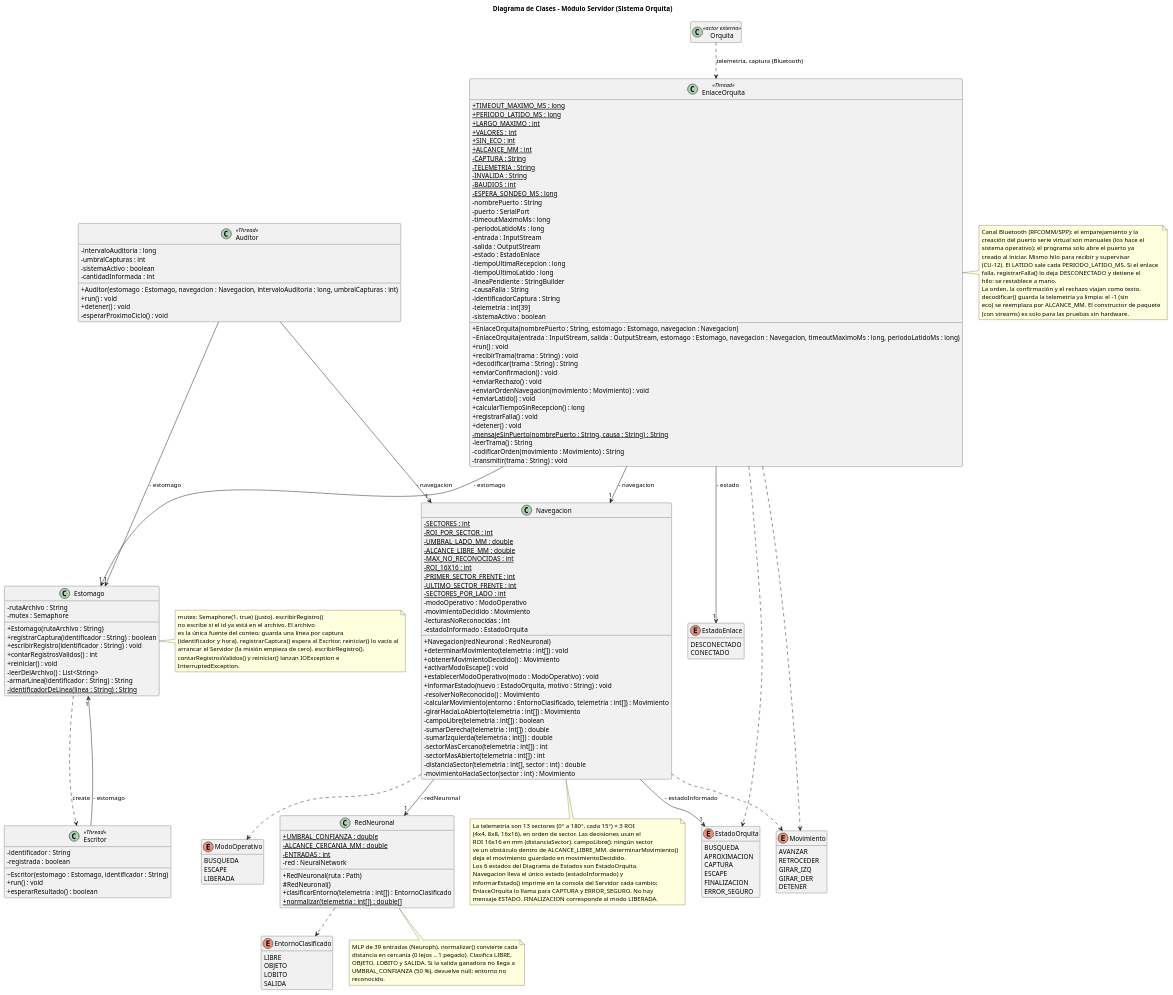
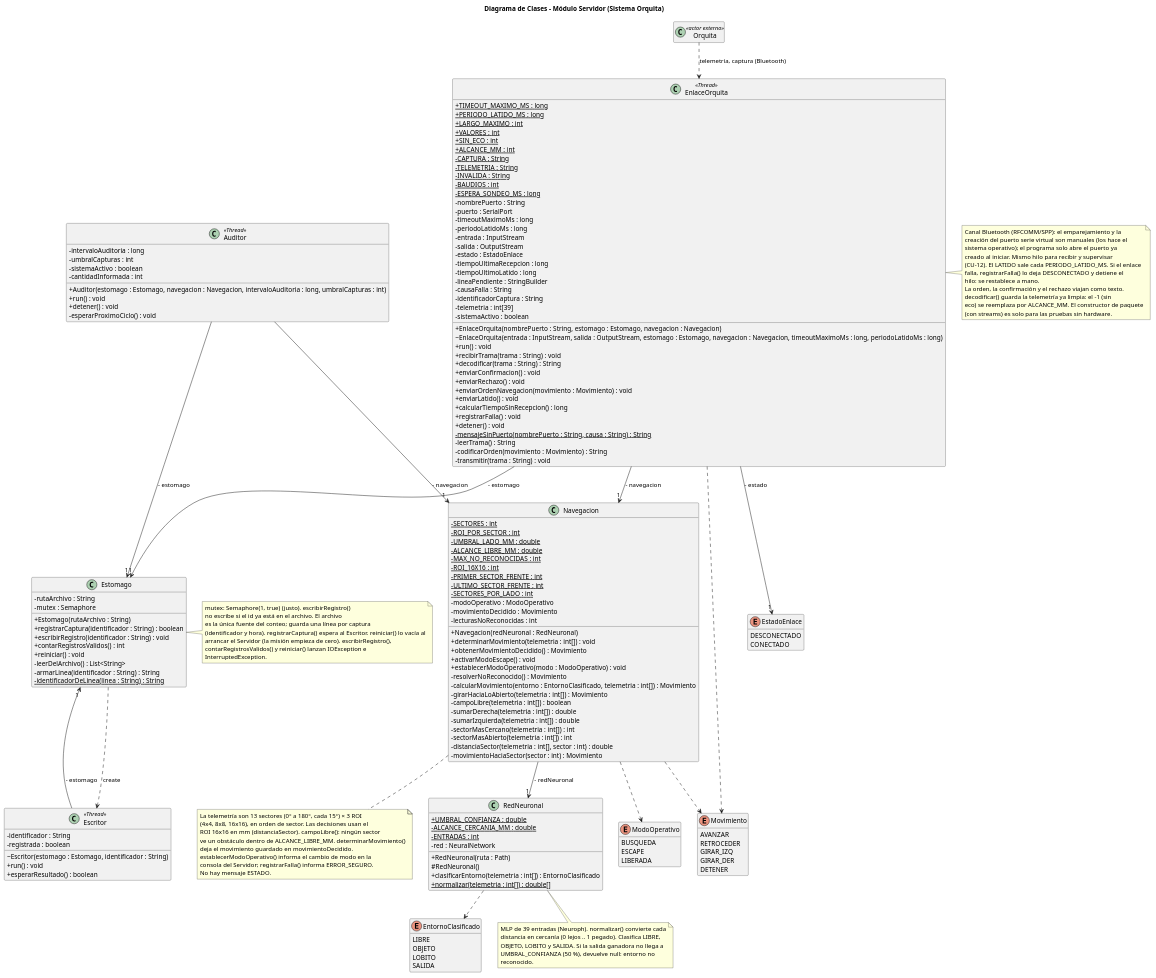
The diagram in docs/diseno/Orquitas_Diagrama_Clases_Modulo_Servidor_v6.puml (lautaro-geli/sistema-orquita), drawn with PlantUML before and after one commit.

Commit message:
docs: diagrama de clases v6 sin estados (corrige el commit anterior)
Claude-Session: https://claude.ai/code/session_013hULuwZV4f92mtFBnmZteT

```diff
--- a/docs/diseno/Orquitas_Diagrama_Clases_Modulo_Servidor_v6.puml
+++ b/docs/diseno/Orquitas_Diagrama_Clases_Modulo_Servidor_v6.puml
@@ -69,13 +69,11 @@
   - modoOperativo : ModoOperativo
   - movimientoDecidido : Movimiento
   - lecturasNoReconocidas : int
-  - estadoInformado : EstadoOrquita
   + Navegacion(redNeuronal : RedNeuronal)
   + determinarMovimiento(telemetria : int[]) : void
   + obtenerMovimientoDecidido() : Movimiento
   + activarModoEscape() : void
   + establecerModoOperativo(modo : ModoOperativo) : void
-  + informarEstado(nuevo : EstadoOrquita, motivo : String) : void
   - resolverNoReconocido() : Movimiento
   - calcularMovimiento(entorno : EntornoClasificado, telemetria : int[]) : Movimiento
   - girarHaciaLoAbierto(telemetria : int[]) : Movimiento
@@ -118,15 +116,6 @@
   BUSQUEDA
   ESCAPE
   LIBERADA
-}
-
-enum EstadoOrquita {
-  BUSQUEDA
-  APROXIMACION
-  CAPTURA
-  ESCAPE
-  FINALIZACION
-  ERROR_SEGURO
 }
 
 ' ---------------- Estómago (persistencia y concurrencia) ----------------
@@ -173,8 +162,6 @@
 Navegacion --> "1" RedNeuronal : - redNeuronal
 Navegacion ..> Movimiento
 Navegacion ..> ModoOperativo
-Navegacion --> "1" EstadoOrquita : - estadoInformado
-EnlaceOrquita ..> EstadoOrquita
 RedNeuronal ..> EntornoClasificado
 
 Estomago ..> Escritor : «create»
@@ -210,11 +197,9 @@
   ROI 16x16 en mm (distanciaSector). campoLibre(): ningún sector
   ve un obstáculo dentro de ALCANCE_LIBRE_MM. determinarMovimiento()
   deja el movimiento guardado en movimientoDecidido.
-  Los 6 estados del Diagrama de Estados son EstadoOrquita.
-  Navegacion lleva el único estado (estadoInformado) y
-  informarEstado() imprime en la consola del Servidor cada cambio;
-  EnlaceOrquita lo llama para CAPTURA y ERROR_SEGURO. No hay
-  mensaje ESTADO. FINALIZACION corresponde al modo LIBERADA.
+  establecerModoOperativo() informa el cambio de modo en la
+  consola del Servidor; registrarFalla() informa ERROR_SEGURO.
+  No hay mensaje ESTADO.
 end note
 note bottom of RedNeuronal
   MLP de 39 entradas (Neuroph). normalizar() convierte cada
```
